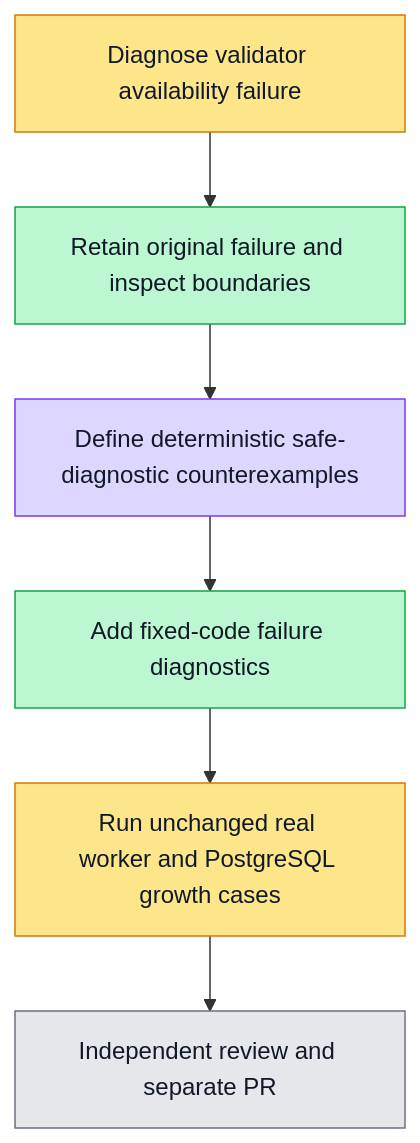
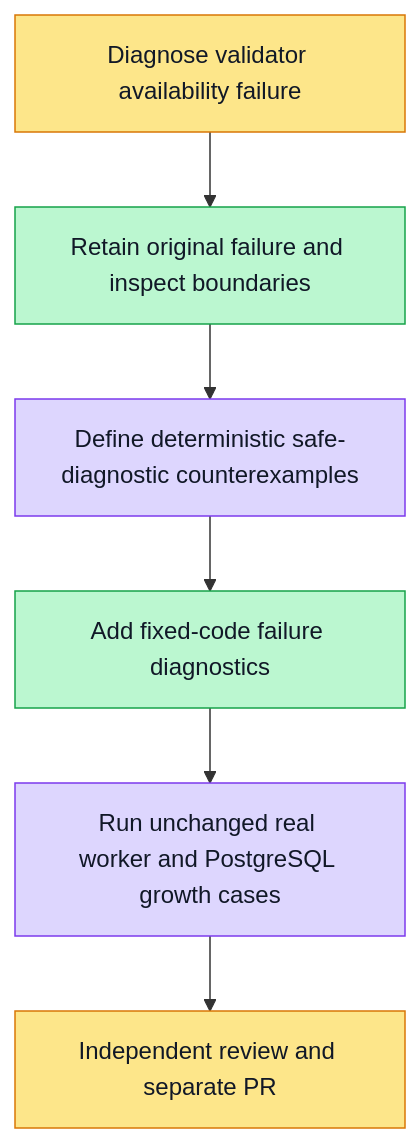
The diagram in docs/evidence/validator-diagnostics-5798/plan.md (boardx/workspacex), drawn with Mermaid before and after one commit. The commit also changed 7 other files, not shown here.

Commit message:
docs(whiteboard): record unchanged real worker and PostgreSQL verification

````diff
--- a/docs/evidence/validator-diagnostics-5798/plan.md
+++ b/docs/evidence/validator-diagnostics-5798/plan.md
@@ -7,22 +7,23 @@
 ```mermaid
 flowchart TD
   G[Diagnose validator availability failure]
   S1[Retain original failure and inspect boundaries]
   S2[Define deterministic safe-diagnostic counterexamples]
   S3[Add fixed-code failure diagnostics]
   S4[Run unchanged real worker and PostgreSQL growth cases]
   S5[Independent review and separate PR]
   G --> S1 --> S2 --> S3 --> S4 --> S5
   classDef todo fill:#e5e7eb,stroke:#6b7280,color:#111827
   classDef doing fill:#fde68a,stroke:#d97706,color:#111827
   classDef done fill:#bbf7d0,stroke:#16a34a,color:#111827
   classDef tested fill:#ddd6fe,stroke:#7c3aed,color:#111827
   classDef blocked fill:#fecaca,stroke:#dc2626,color:#111827
   class G doing
   class S1 done
   class S2 tested
   %% evidence S2: diagnostics-red.log -7fail1pass; non-error-red.log -2fail; diagnostics-green.log -12pass
   class S3 done
-  class S4 doing
-  class S5 todo
+  class S4 tested
+  %% evidence S4: real-focused.log:6files46tests including unchanged real5k/10k/PG; APItype/lint/OSS0 atf60a9f1ae. Original fault not reproduced.
+  class S5 doing
 ```
````
